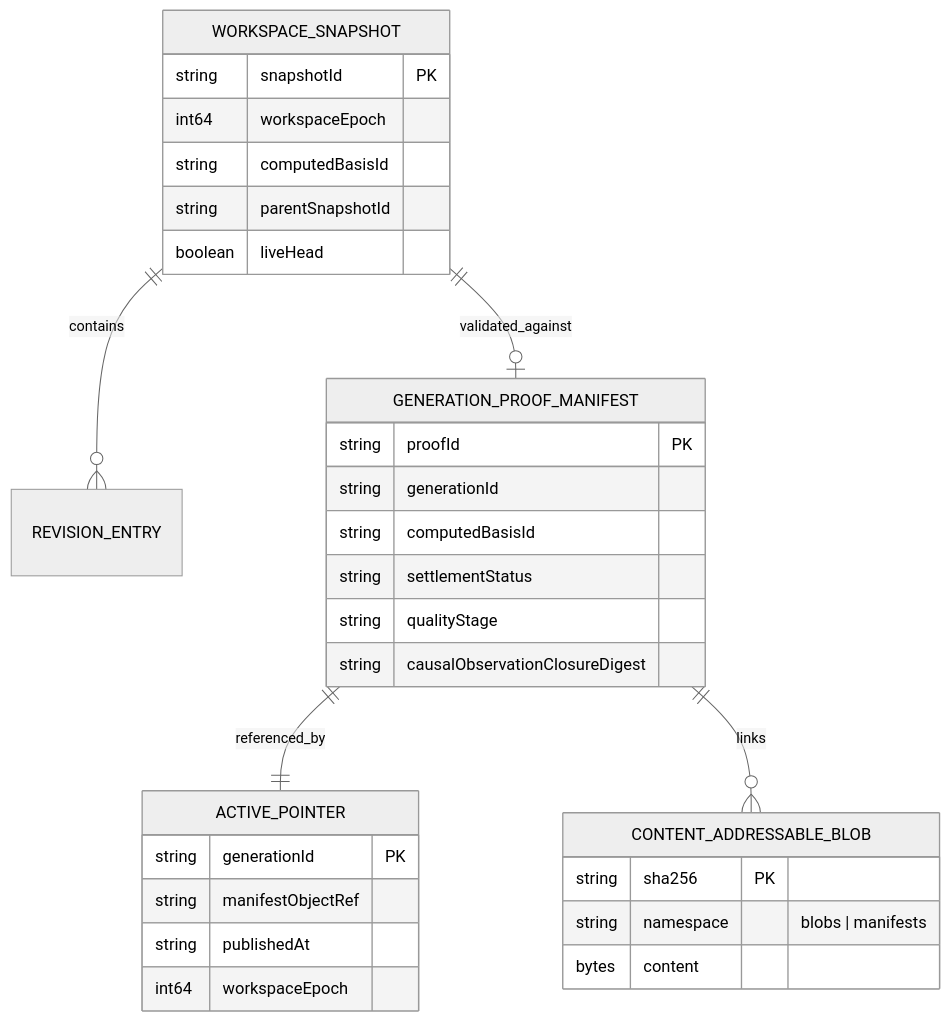
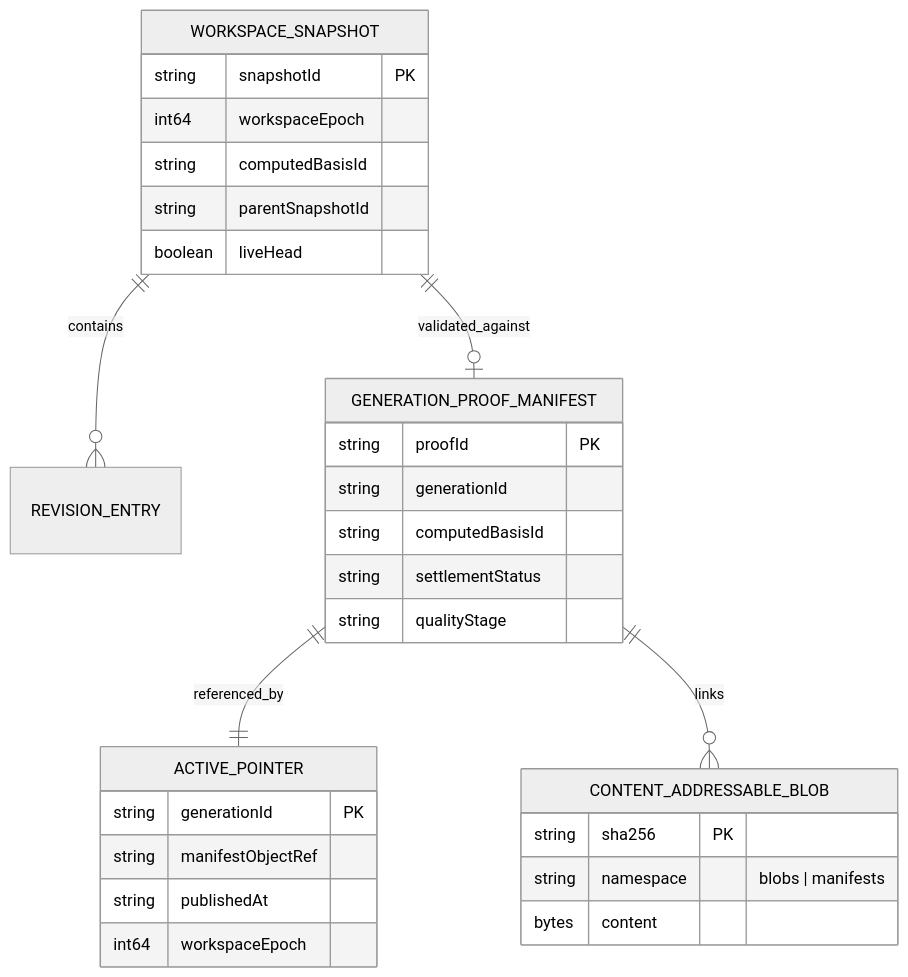
The third of 3 diagrams in docs/ARCHITECTURE.md (cutehackers/codeflow), drawn with Mermaid (neutral theme) before and after one commit. The commit also changed other lines of this file and 426 other files, not shown here.

Commit message:
refactor(architecture): prune legacy artifacts and modularize internal into 5 core domains

````diff
--- a/docs/ARCHITECTURE.md
+++ b/docs/ARCHITECTURE.md
@@ -261,37 +154,36 @@
 ```mermaid
 erDiagram
     WORKSPACE_SNAPSHOT ||--o{ REVISION_ENTRY : contains
     WORKSPACE_SNAPSHOT ||--o| GENERATION_PROOF_MANIFEST : validated_against
     GENERATION_PROOF_MANIFEST ||--|| ACTIVE_POINTER : referenced_by
     GENERATION_PROOF_MANIFEST ||--o{ CONTENT_ADDRESSABLE_BLOB : links
     
     WORKSPACE_SNAPSHOT {
         string snapshotId PK
         int64 workspaceEpoch
         string computedBasisId
         string parentSnapshotId
         boolean liveHead
     }
 
     GENERATION_PROOF_MANIFEST {
         string proofId PK
         string generationId
         string computedBasisId
         string settlementStatus
         string qualityStage
-        string causalObservationClosureDigest
     }
 
     ACTIVE_POINTER {
         string generationId PK
         string manifestObjectRef
         string publishedAt
         int64 workspaceEpoch
     }
 
     CONTENT_ADDRESSABLE_BLOB {
         string sha256 PK
         string namespace "blobs | manifests"
         bytes content
     }
 ```
````
